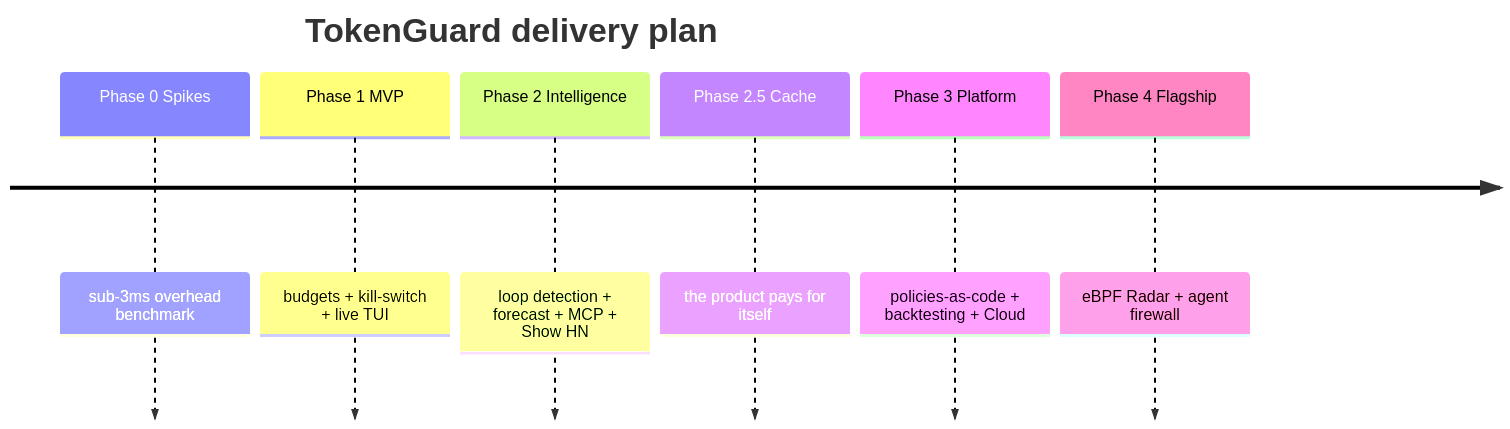
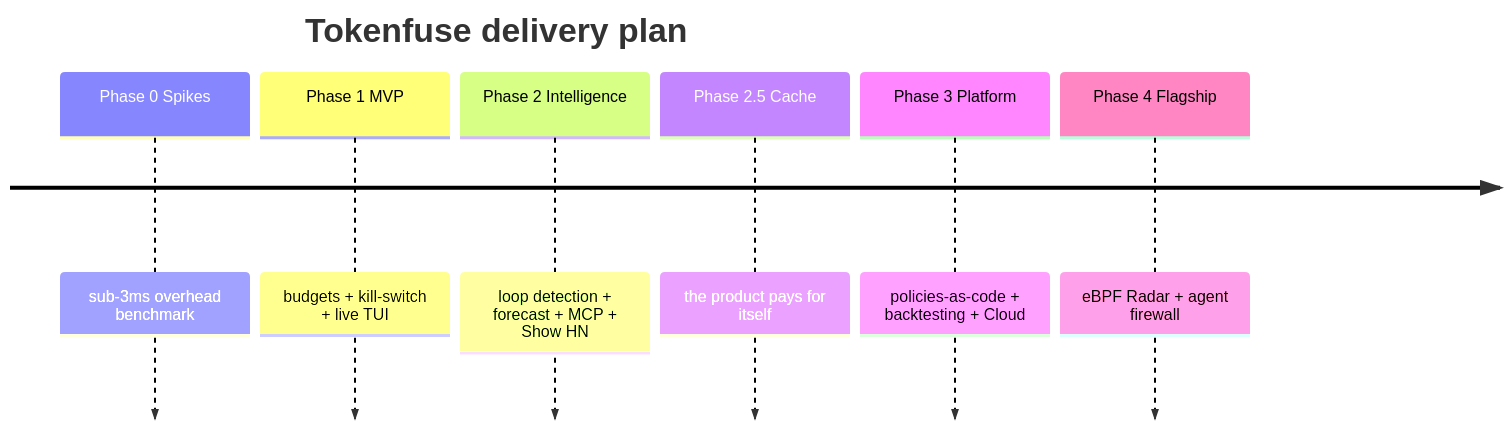
Before and after one commit to TAIPANBOX/tokenfuse: the fourth of 5 diagrams in README.md, drawn with Mermaid. The commit also changed other lines of this file and 9 other files, not shown here.

First line of the commit message:
Rename project TokenGuard → Tokenfuse

````diff
--- a/README.md
+++ b/README.md
@@ -178,10 +178,10 @@
 ```mermaid
 timeline
-    title TokenGuard delivery plan
+    title Tokenfuse delivery plan
     Phase 0 Spikes : sub-3ms overhead benchmark
     Phase 1 MVP : budgets + kill-switch + live TUI
     Phase 2 Intelligence : loop detection + forecast + MCP + Show HN
     Phase 2.5 Cache : the product pays for itself
     Phase 3 Platform : policies-as-code + backtesting + Cloud
     Phase 4 Flagship : eBPF Radar + agent firewall
 ```
````
